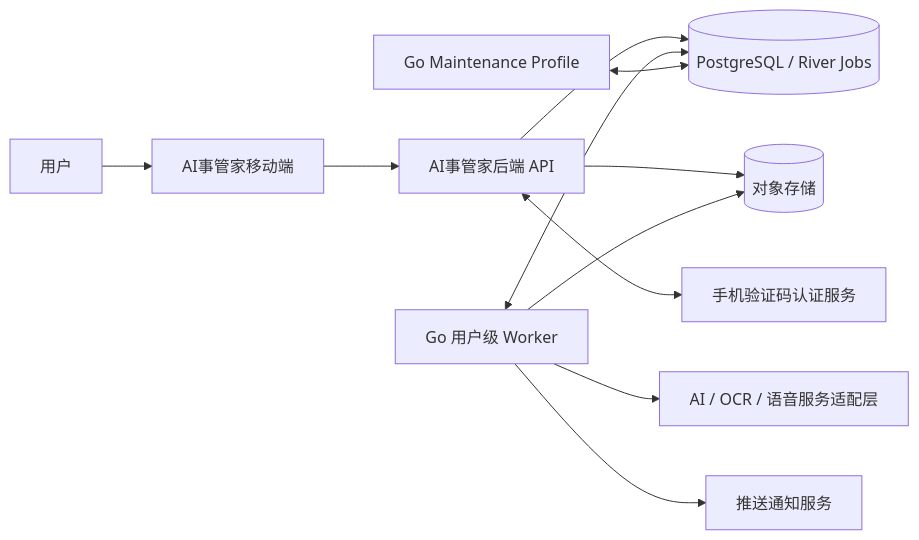
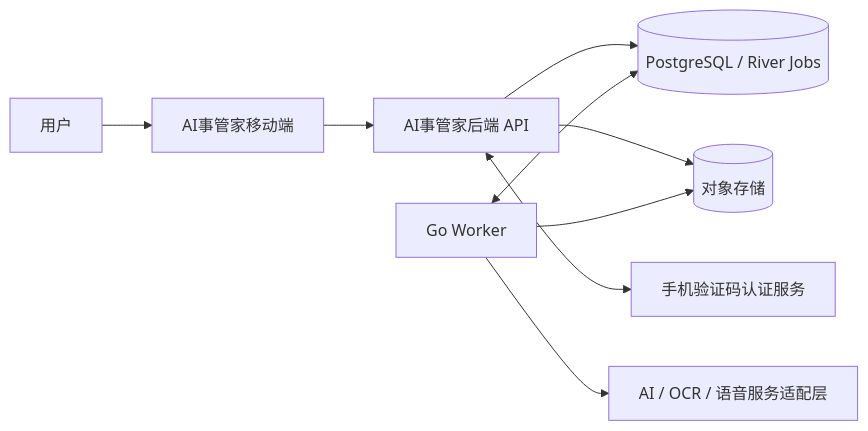
Before and after one commit to xiaoguo123456/steward: the first of 7 diagrams in docs/整体架构设计.md, drawn with Mermaid. The commit also changed other lines of this file and 20 other files, not shown here.

````diff
--- a/docs/整体架构设计.md
+++ b/docs/整体架构设计.md
@@ -73,13 +76,11 @@
 ```mermaid
 flowchart LR
     U["用户"] --> APP["AI事管家移动端"]
     APP --> API["AI事管家后端 API"]
     API --> DB[("PostgreSQL / River Jobs")]
     API --> OS[("对象存储")]
-    W["Go 用户级 Worker"] <--> DB
-    MW["Go Maintenance Profile"] <--> DB
+    W["Go Worker"] <--> DB
     W --> OS
     W --> AI["AI / OCR / 语音服务适配层"]
-    W --> PUSH["推送通知服务"]
     API <--> AUTH["手机验证码认证服务"]
 ```
````
